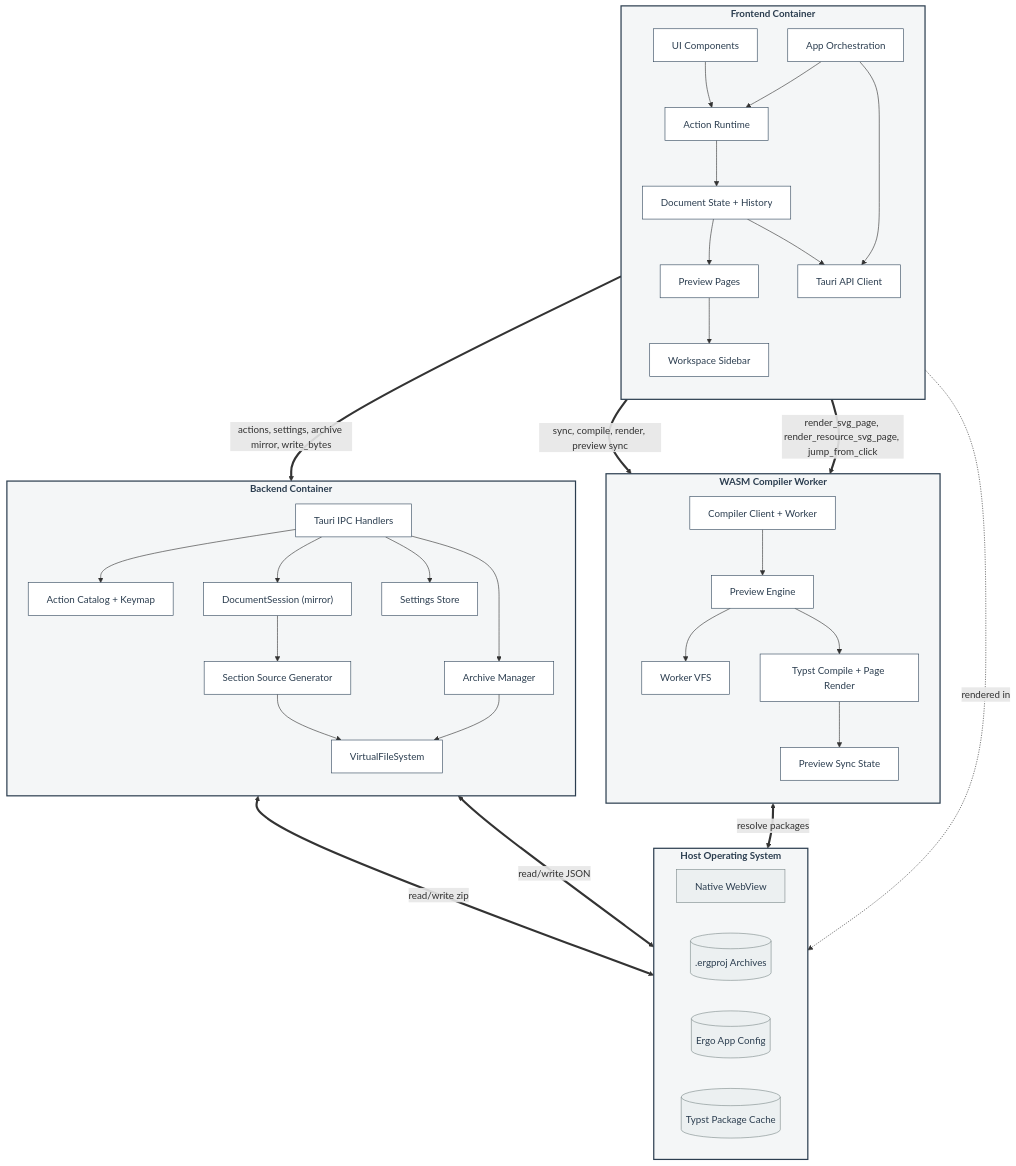
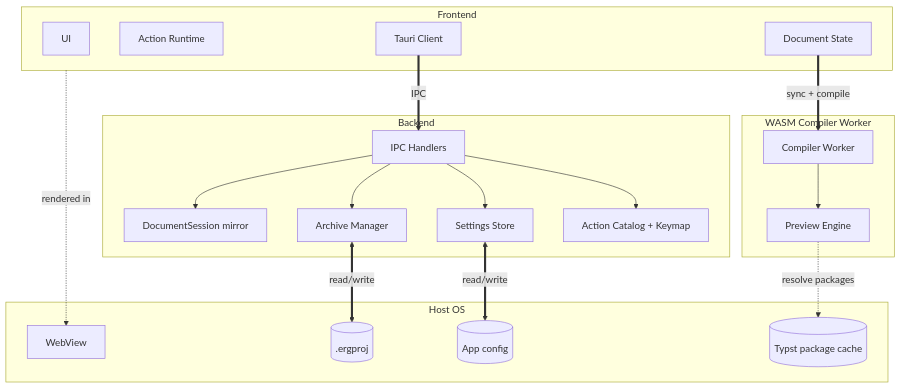
Before and after one commit to andmoreduro/ergo: the diagram in context/component-diagram.md, drawn with Mermaid. The commit also changed other lines of this file and 374 other files, not shown here.

````diff
--- a/context/component-diagram.md
+++ b/context/component-diagram.md
@@ -18,79 +18,37 @@
 ```mermaid
 flowchart TB
-    classDef container fill:#f4f6f7,stroke:#2c3e50,stroke-width:2px,color:#2c3e50,font-weight:bold;
-    classDef comp fill:#ffffff,stroke:#34495e,stroke-width:1px,color:#2c3e50;
-    classDef db fill:#ecf0f1,stroke:#7f8c8d,stroke-width:1px,color:#2c3e50;
-
-    subgraph Frontend ["Frontend Container"]
-        direction TB
-        UI["UI Components"]:::comp
-        Actions["Action Runtime"]:::comp
-        DocState["Document State + History"]:::comp
-        AppOrch["App Orchestration"]:::comp
-        PreviewUI["Preview Pages"]:::comp
-        Sidebar["Workspace Sidebar"]:::comp
-        TauriClient["Tauri API Client"]:::comp
-
-        UI --> Actions
-        Actions --> DocState
-        AppOrch --> Actions
-        AppOrch --> TauriClient
-        DocState --> PreviewUI
-        PreviewUI --> Sidebar
-        DocState --> TauriClient
+    subgraph Frontend ["Frontend"]
+        UI[UI]
+        Actions[Action Runtime]
+        DocState[Document State]
+        TauriClient[Tauri Client]
     end
-
     subgraph WasmWorker ["WASM Compiler Worker"]
-        direction TB
-        WorkerBridge["Compiler Client + Worker"]:::comp
-        PreviewEngine["Preview Engine"]:::comp
-        PreviewSync["Preview Sync State"]:::comp
-        WorkerVFS["Worker VFS"]:::comp
-        TypstCompile["Typst Compile + Page Render"]:::comp
-
-        WorkerBridge --> PreviewEngine
-        PreviewEngine --> WorkerVFS
-        PreviewEngine --> TypstCompile
-        TypstCompile --> PreviewSync
+        WorkerBridge[Compiler Worker]
+        PreviewEngine[Preview Engine]
     end
-
-    subgraph Backend ["Backend Container"]
-        direction TB
-        Handlers["Tauri IPC Handlers"]:::comp
-        Session["DocumentSession (mirror)"]:::comp
-        SourceGen["Section Source Generator"]:::comp
-        VFS["VirtualFileSystem"]:::comp
-        Archive["Archive Manager"]:::comp
-        Settings["Settings Store"]:::comp
-        ActionCatalog["Action Catalog + Keymap"]:::comp
-
-        Handlers --> ActionCatalog
-        Handlers --> Session
-        Handlers --> Archive
-        Handlers --> Settings
-        Session --> SourceGen
-        SourceGen --> VFS
-        Archive --> VFS
+    subgraph Backend ["Backend"]
+        Handlers[IPC Handlers]
+        Session[DocumentSession mirror]
+        Archive[Archive Manager]
+        Settings[Settings Store]
+        ActionCatalog[Action Catalog + Keymap]
     end
-
-    subgraph System ["Host Operating System"]
-        direction LR
-        WebView["Native WebView"]:::db
-        ProjectFiles[(".ergproj Archives")]:::db
-        SettingsFile[("Ergo App Config")]:::db
-        TypstCache[("Typst Package Cache")]:::db
+    subgraph Host ["Host OS"]
+        WebView[WebView]
+        ProjectFiles[(.ergproj)]
+        AppConfig[(App config)]
+        TypstCache[(Typst package cache)]
     end
-
-    Frontend -. "rendered in" .-> WebView
-    DocState == "sync, compile, render, preview sync" ==> WorkerBridge
-    PreviewUI == "render_svg_page, render_resource_svg_page, jump_from_click" ==> WorkerBridge
-    TauriClient == "actions, settings, archive mirror, write_bytes" ==> Handlers
-    Archive <== "read/write zip" ==> ProjectFiles
-    Settings <== "read/write JSON" ==> SettingsFile
-    TypstCompile <== "resolve packages" ==> TypstCache
-
-    class Frontend container
-    class WasmWorker container
-    class Backend container
-    class System container
+    Frontend -. rendered in .-> WebView
+    DocState == sync + compile ==> WorkerBridge
+    WorkerBridge --> PreviewEngine
+    TauriClient == IPC ==> Handlers
+    Handlers --> ActionCatalog
+    Handlers --> Session
+    Handlers --> Archive
+    Handlers --> Settings
+    Archive <== read/write ==> ProjectFiles
+    Settings <== read/write ==> AppConfig
+    PreviewEngine -. resolve packages .-> TypstCache
 ```
````
